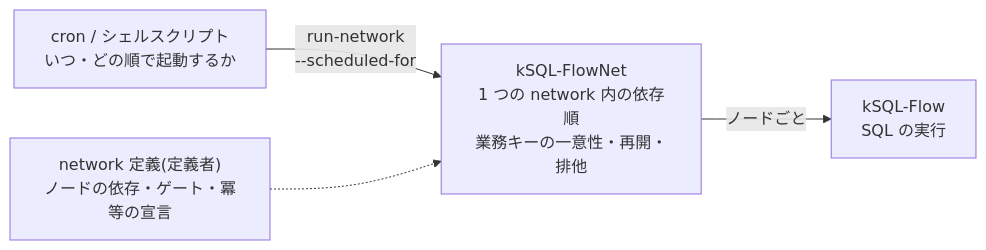
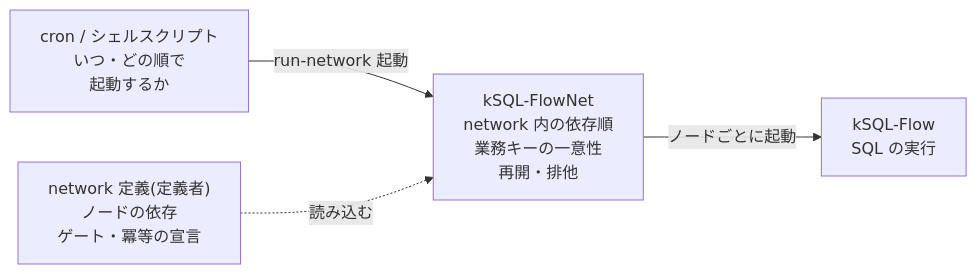
Before and after one commit to rex0220/ksql-flownet: the first of 2 diagrams in docs/internal/qiita-draft-5.md, drawn with Mermaid.

Commit message:
docs: #5 分担図のラベルを短く改行し、Qiita の mermaid 描画で文字が切れないように

````diff
--- a/docs/internal/qiita-draft-5.md
+++ b/docs/internal/qiita-draft-5.md
@@ -22,6 +22,6 @@
 ```mermaid
 flowchart LR
-  CRON["cron / シェルスクリプト<br>いつ・どの順で起動するか"] -->|"run-network<br>--scheduled-for"| FN["kSQL-FlowNet<br>1 つの network 内の依存順<br>業務キーの一意性・再開・排他"]
-  FN -->|"ノードごと"| KF["kSQL-Flow<br>SQL の実行"]
-  DEF["network 定義(定義者)<br>ノードの依存・ゲート・冪等の宣言"] -.-> FN
+  CRON["cron / シェルスクリプト<br>いつ・どの順で<br>起動するか"] -->|"run-network 起動"| FN["kSQL-FlowNet<br>network 内の依存順<br>業務キーの一意性<br>再開・排他"]
+  FN -->|"ノードごとに起動"| KF["kSQL-Flow<br>SQL の実行"]
+  DEF["network 定義(定義者)<br>ノードの依存<br>ゲート・冪等の宣言"] -.->|"読み込む"| FN
 ```
````
